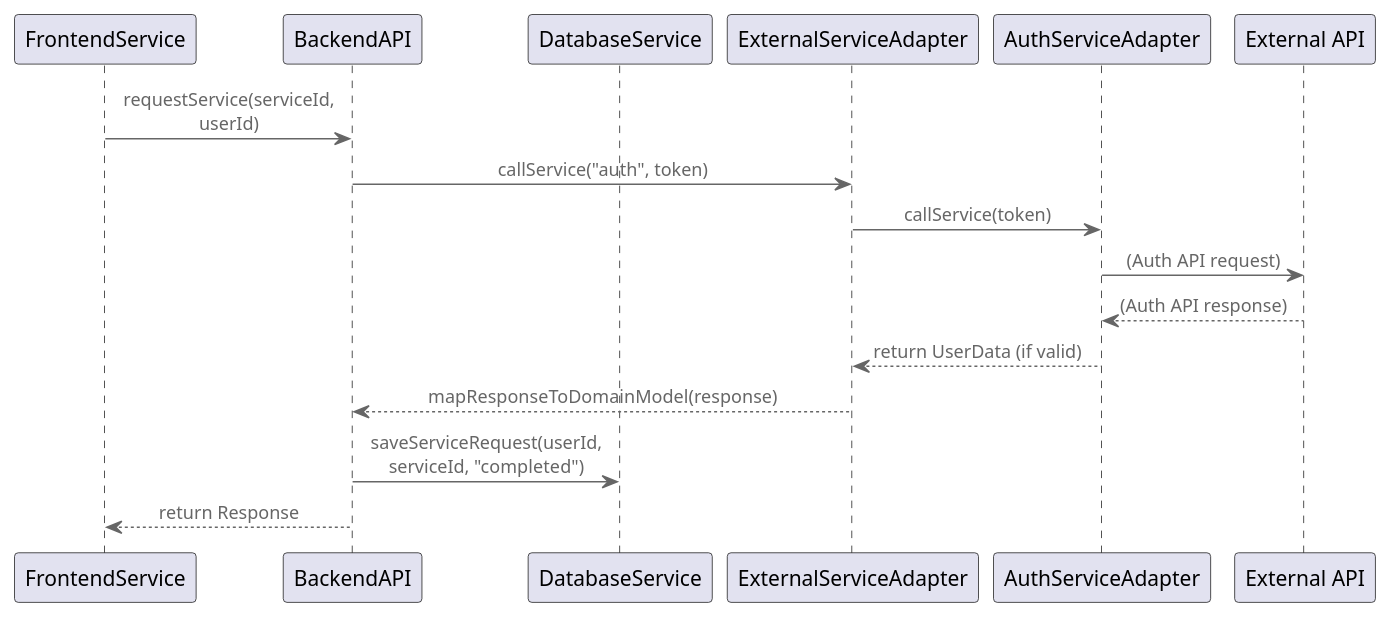
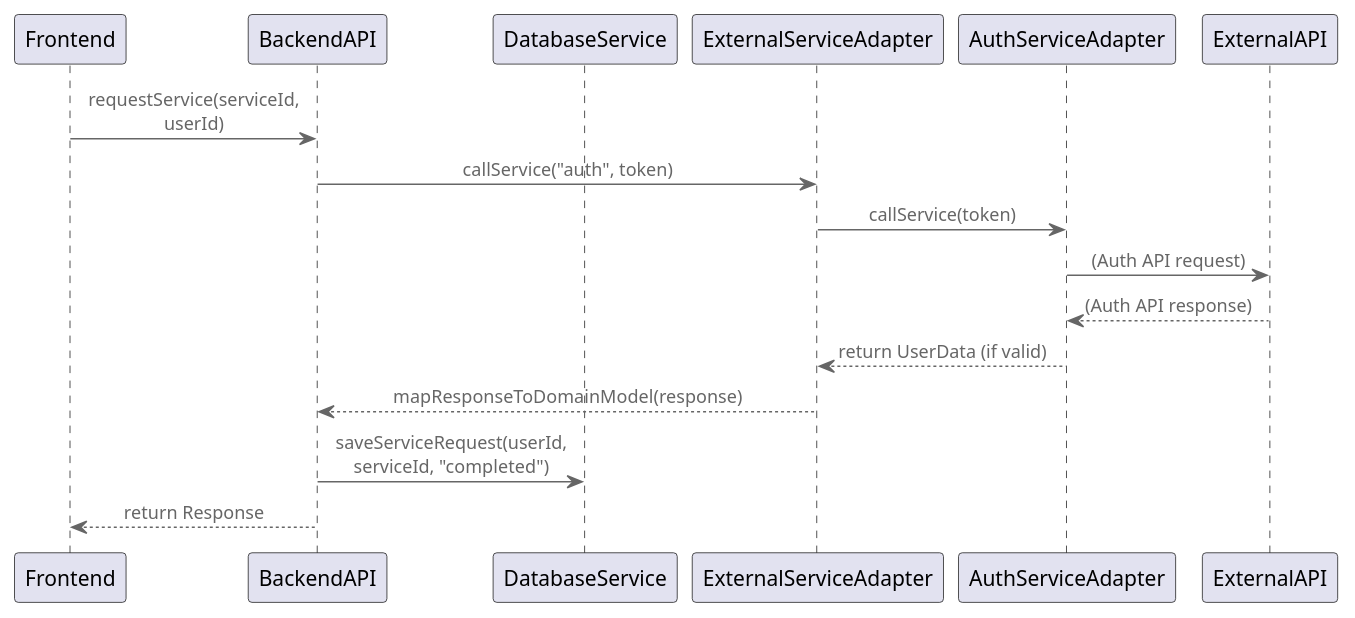
One commit to AIM-ENE-feb25/triptop-groep-3 changed the diagram in opdracht-diagrammen/Ontwerpvraag/Cas/Sequence diagram - stap 3 - Cas.puml. Above: the diagram before and after it, drawn with PlantUML.

Commit message:
Updated: Sequence diagram Stap 3

```diff
--- a/opdracht-diagrammen/Ontwerpvraag/Cas/Sequence diagram - stap 3 - Cas.puml
+++ b/opdracht-diagrammen/Ontwerpvraag/Cas/Sequence diagram - stap 3 - Cas.puml
@@ -1,24 +1,24 @@
 @startuml C4_Components
 !include https://raw.githubusercontent.com/plantuml-stdlib/C4-PlantUML/master/C4_Component.puml
 
-participant FrontendService
+participant Frontend
 participant BackendAPI
 participant DatabaseService
 participant ExternalServiceAdapter
 participant AuthServiceAdapter
-participant "External API" as ExternalAPI
+participant ExternalAPI
 
-FrontendService -> BackendAPI: requestService(serviceId, userId)
+Frontend -> BackendAPI: requestService(serviceId, userId)
 BackendAPI -> ExternalServiceAdapter: callService("auth", token)
 ExternalServiceAdapter -> AuthServiceAdapter: callService(token)
 AuthServiceAdapter -> ExternalAPI: (Auth API request)
 
 ExternalAPI --> AuthServiceAdapter: (Auth API response)
 AuthServiceAdapter --> ExternalServiceAdapter: return UserData (if valid)
 ExternalServiceAdapter --> BackendAPI: mapResponseToDomainModel(response)
 
 BackendAPI -> DatabaseService: saveServiceRequest(userId, serviceId, "completed")
 
-BackendAPI --> FrontendService: return Response
+BackendAPI --> Frontend: return Response
 
 @enduml
```
